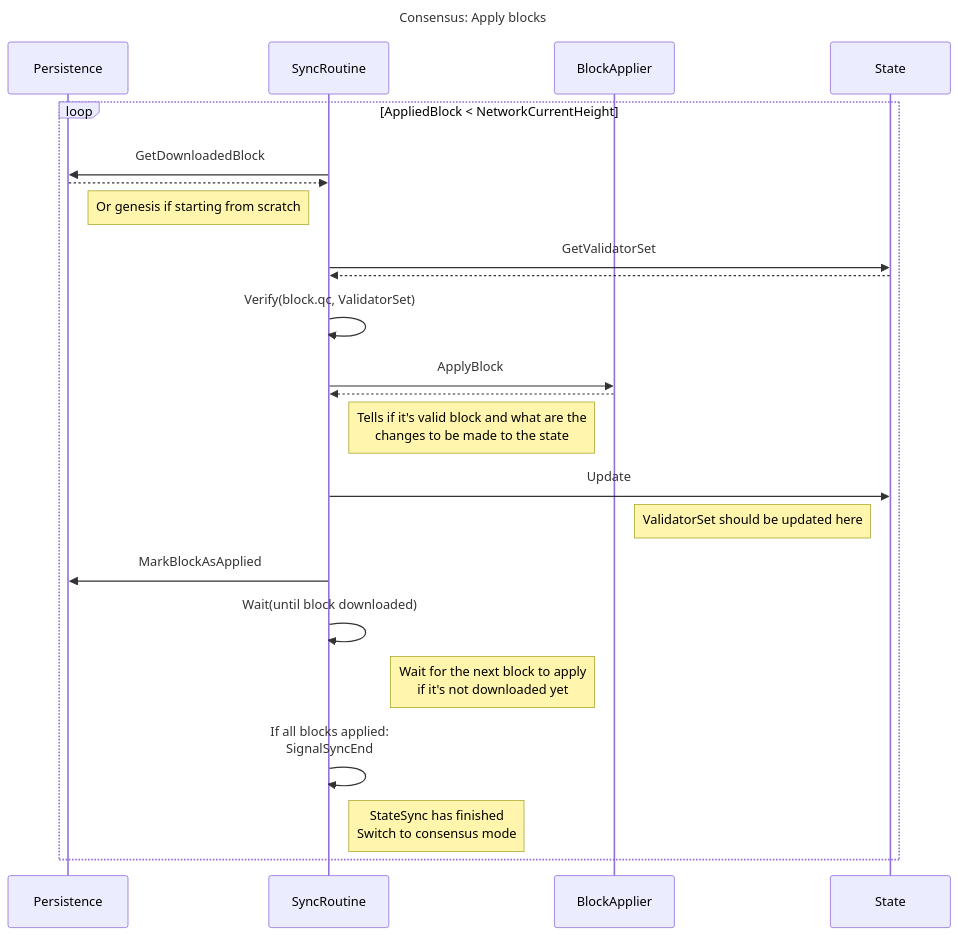
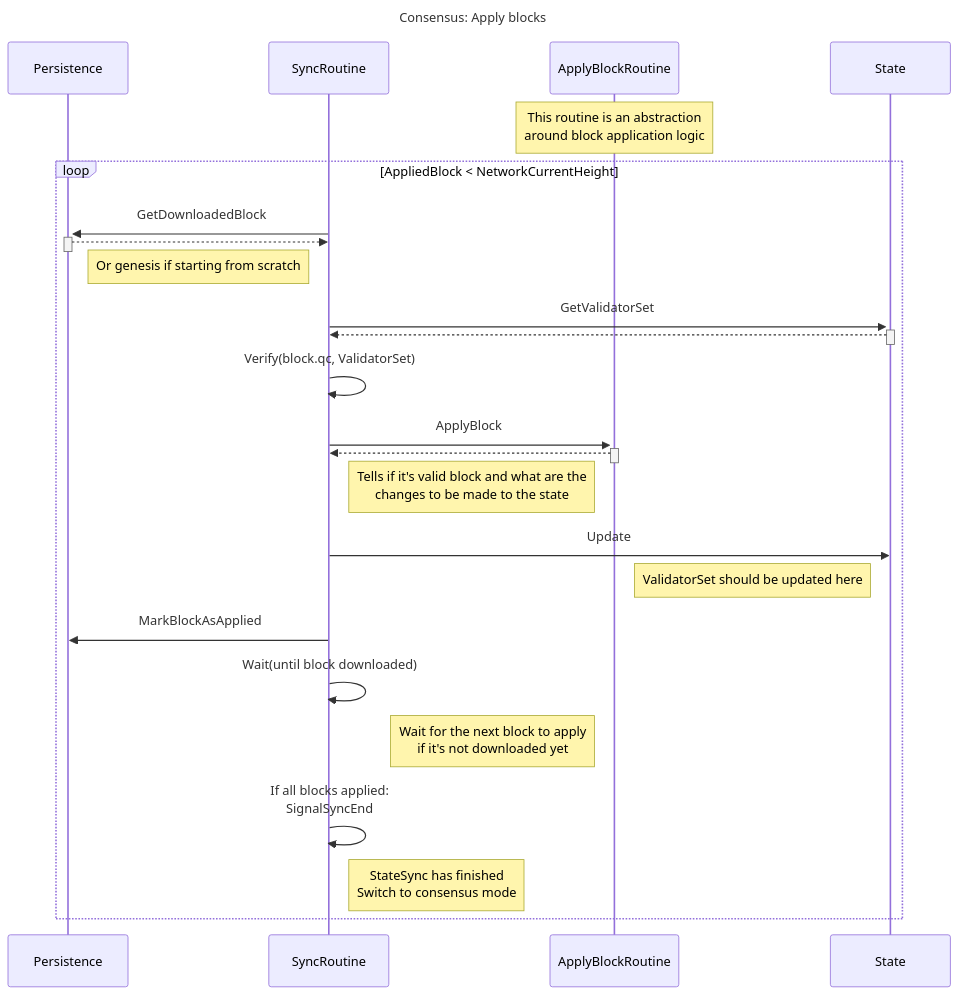
Before and after one commit to pokt-network/pocket: the seventh of 9 diagrams in consensus/README.md, drawn with Mermaid. The commit also changed other lines of this file, not shown here.

````diff
--- a/consensus/README.md
+++ b/consensus/README.md
@@ -262,35 +260,36 @@
 ```mermaid
 sequenceDiagram
   title: Consensus: Apply blocks
 
   participant Persistence
   participant SyncRoutine
-  participant BlockApplier
+  Note over ApplyBlockRoutine: This routine is an abstraction<br /> around block application logic
+  participant ApplyBlockRoutine
   participant State
 
   loop AppliedBlock < NetworkCurrentHeight
-    SyncRoutine->>Persistence:GetDownloadedBlock
-    Persistence-->>SyncRoutine: 
+    SyncRoutine->>+Persistence:GetDownloadedBlock
+    Persistence-->>-SyncRoutine: 
 
     Note right of Persistence: Or genesis if starting from scratch
-    SyncRoutine->>State:GetValidatorSet
-    State-->>SyncRoutine: 
+    SyncRoutine->>+State:GetValidatorSet
+    State-->>-SyncRoutine: 
 
     SyncRoutine->>SyncRoutine:Verify(block.qc, ValidatorSet)
 
-    SyncRoutine->>BlockApplier:ApplyBlock
-    BlockApplier-->>SyncRoutine: 
+    SyncRoutine->>+ApplyBlockRoutine:ApplyBlock
+    ApplyBlockRoutine-->>-SyncRoutine: 
 
-    Note left of BlockApplier: Tells if it's valid block and what are the  <br />changes to be made to the state
+    Note left of ApplyBlockRoutine: Tells if it's valid block and what are the  <br />changes to be made to the state
     SyncRoutine->>State:Update
 
     Note left of State: ValidatorSet should be updated here
     SyncRoutine->>Persistence:MarkBlockAsApplied
 
     SyncRoutine->>SyncRoutine:Wait(until block downloaded)
-    Note left of BlockApplier: Wait for the next block to apply<br /> if it's not downloaded yet
+    Note left of ApplyBlockRoutine: Wait for the next block to apply<br /> if it's not downloaded yet
 
     SyncRoutine->>SyncRoutine:If all blocks applied:<br />SignalSyncEnd
     Note right of SyncRoutine: StateSync has finished<br />Switch to consensus mode
   end
 ```
````
